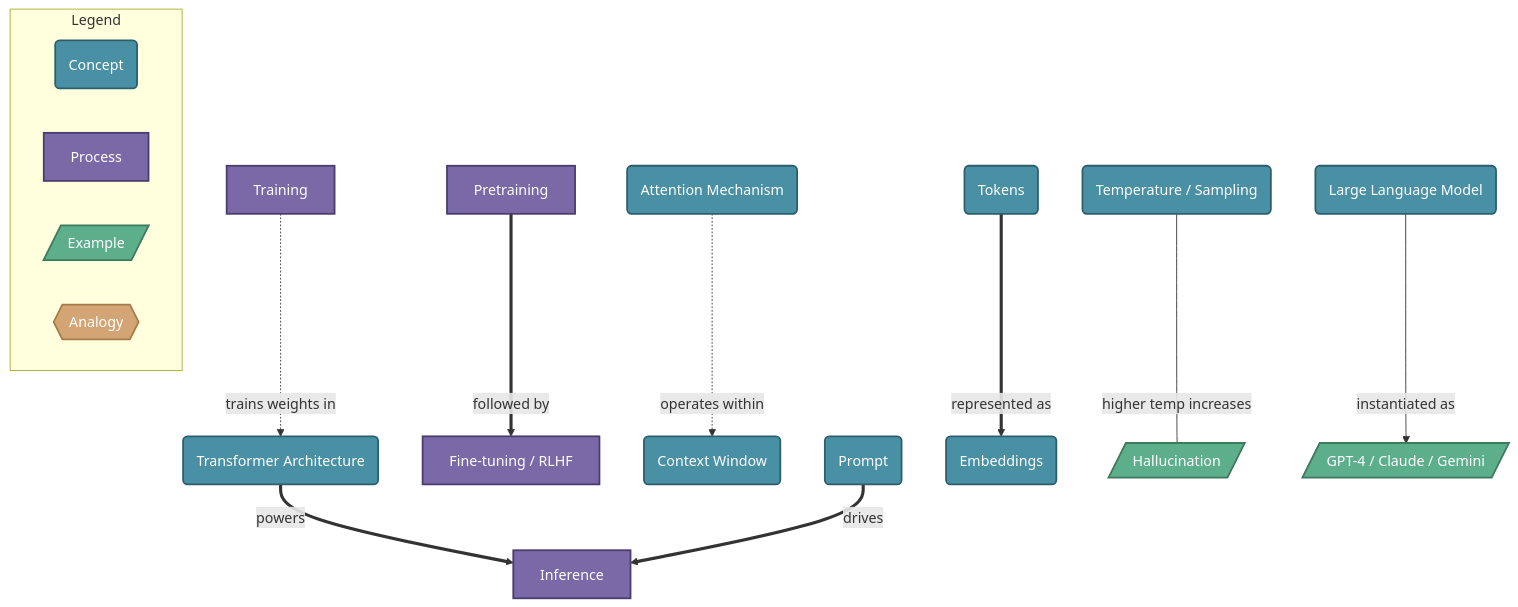
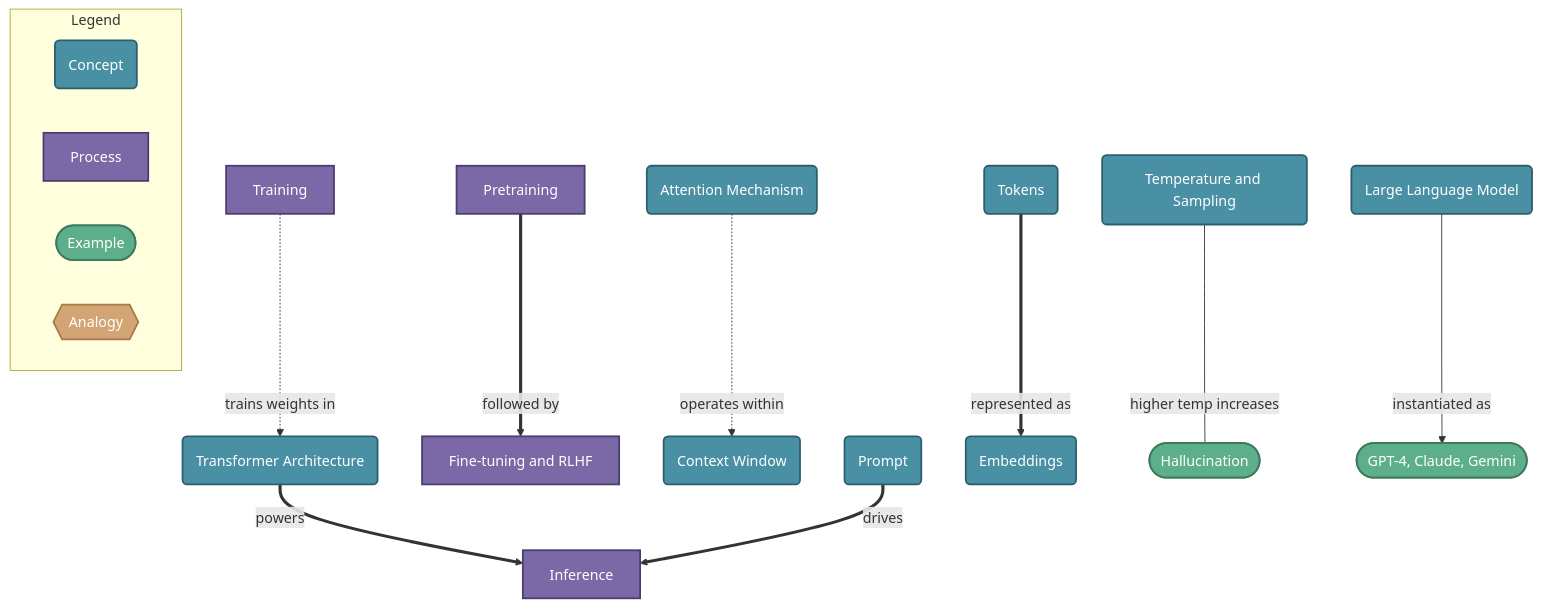
One commit to mallyadeepak/mental-model-ai changed the diagram in mental-models/large-language-models.md. Above: the diagram before and after it, drawn with Mermaid. The commit also changed other lines of this file and 6 other files, not shown here.

First line of the commit message:
fix: Quote Mermaid labels and use stadium shape for examples

````diff
--- a/mental-models/large-language-models.md
+++ b/mental-models/large-language-models.md
@@ -7,39 +7,39 @@
 ```mermaid
 flowchart TB
   classDef concept fill:#4A90A4,stroke:#2C5F6E,stroke-width:2px,color:#fff
   classDef process fill:#7B68A6,stroke:#4A3D6E,stroke-width:2px,color:#fff
   classDef example fill:#5DAE8B,stroke:#3D7A5E,stroke-width:2px,color:#fff
   classDef analogy fill:#D4A574,stroke:#A67B4A,stroke-width:2px,color:#fff
   n1(Large Language Model)
   n2[Training]
   n3(Transformer Architecture)
   n4[Inference]
   n5(Tokens)
   n6[Pretraining]
-  n7[Fine-tuning / RLHF]
+  n7[Fine-tuning and RLHF]
   n8(Attention Mechanism)
   n9(Context Window)
-  n10(Temperature / Sampling)
+  n10(Temperature and Sampling)
   n11(Prompt)
   n12(Embeddings)
-  n13[/Hallucination/]
-  n14[/GPT-4 / Claude / Gemini/]
+  n13(["Hallucination"])
+  n14(["GPT-4, Claude, Gemini"])
   class n1,n3,n5,n8,n9,n10,n11,n12 concept
   class n2,n4,n6,n7 process
   class n13,n14 example
   n2 -.->|trains weights in| n3
   n6 ==>|followed by| n7
   n3 ==>|powers| n4
   n5 ==>|represented as| n12
   n8 -.->|operates within| n9
   n11 ==>|drives| n4
   n10 ---|higher temp increases| n13
   n1 -->|instantiated as| n14
 
   subgraph Legend
     L1(Concept):::concept
     L2[Process]:::process
-    L3[/Example/]:::example
+    L3(["Example"]):::example
     L4{{Analogy}}:::analogy
   end
 ```
````
